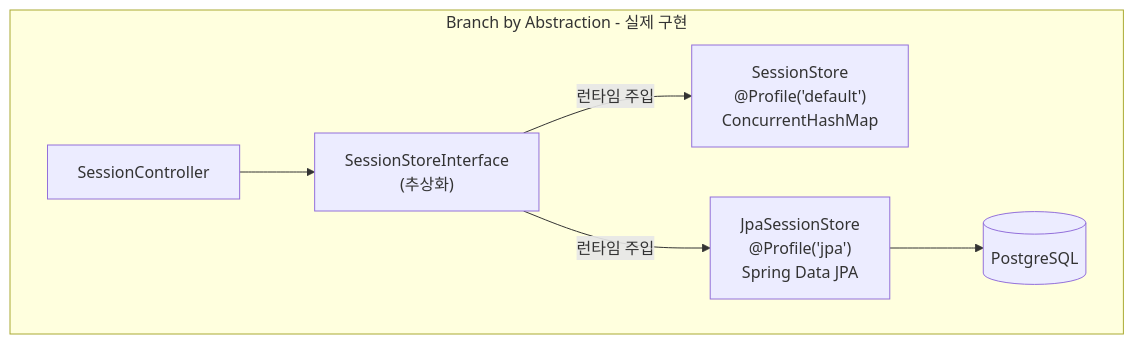
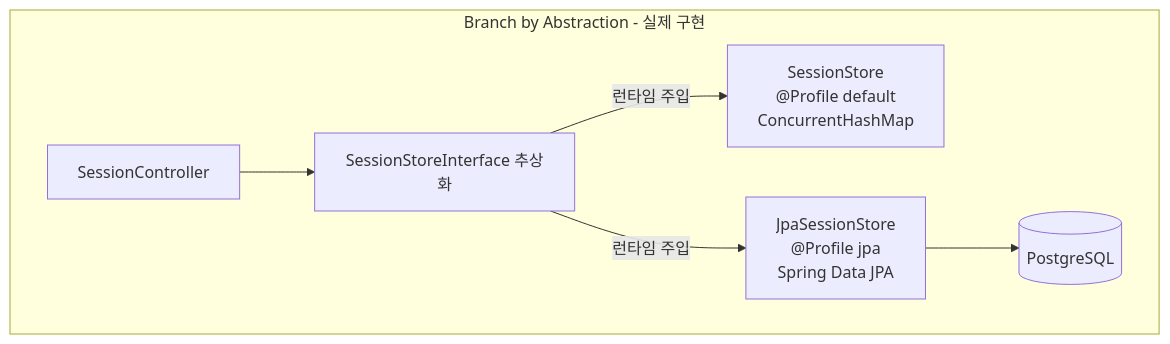
Before and after one commit to janghoesoo1/pact-conference-demo-phase1: diagram 18 of 23 in docs/ARCHITECTURE.md, drawn with Mermaid. The commit also changed other lines of this file and 6 other files, not shown here.

````diff
--- a/docs/ARCHITECTURE.md
+++ b/docs/ARCHITECTURE.md
@@ -1191,15 +1183,15 @@
 ```mermaid
 graph TB
     subgraph "Branch by Abstraction - 실제 구현"
         CTRL2["SessionController"]
-        IFACE2["SessionStoreInterface\n(추상화)"]
-        MEM2["SessionStore\n@Profile('default')\nConcurrentHashMap"]
-        JPA2["JpaSessionStore\n@Profile('jpa')\nSpring Data JPA"]
+        IFACE2["SessionStoreInterface 추상화"]
+        MEM2["SessionStore<br/>@Profile default<br/>ConcurrentHashMap"]
+        JPA2["JpaSessionStore<br/>@Profile jpa<br/>Spring Data JPA"]
         PG2[(PostgreSQL)]
 
         CTRL2 --> IFACE2
         IFACE2 -->|런타임 주입| MEM2
         IFACE2 -->|런타임 주입| JPA2
         JPA2 --> PG2
     end
 ```
````
